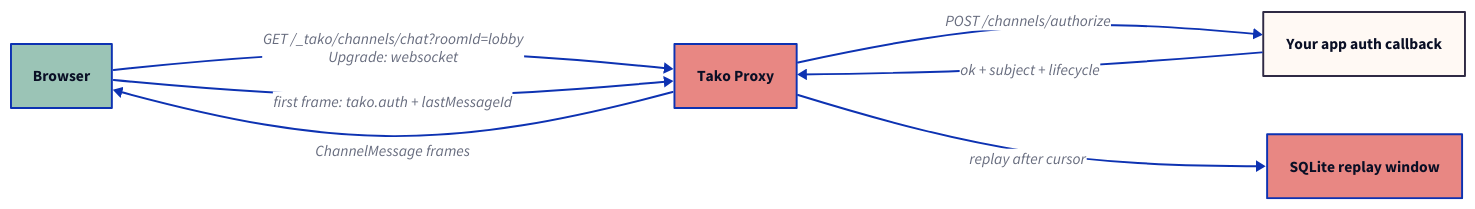
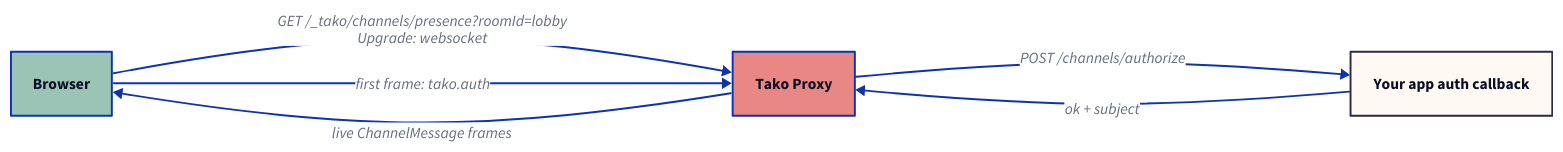
One commit to tako-sh/tako changed the diagram in website/src/content/blog/typed-websocket-channels-in-typescript.md. Above: the diagram before and after it, drawn with D2. The commit also changed other lines of this file and 65 other files, not shown here.

````diff
--- a/website/src/content/blog/typed-websocket-channels-in-typescript.md
+++ b/website/src/content/blog/typed-websocket-channels-in-typescript.md
@@ -64,24 +62,20 @@
 ```d2
 direction: right
 
 browser: Browser {
   style.fill: "#9BC4B6"
 }
 proxy: Tako Proxy {
   style.fill: "#E88783"
 }
 app: "Your app auth callback" {
   style.fill: "#FFF9F4"
   style.stroke: "#2F2A44"
 }
-store: "SQLite replay window" {
-  style.fill: "#E88783"
-}
 
-browser -> proxy: "GET /_tako/channels/chat?roomId=lobby\nUpgrade: websocket"
-browser -> proxy: "first frame: tako.auth + lastMessageId"
+browser -> proxy: "GET /_tako/channels/presence?roomId=lobby\nUpgrade: websocket"
+browser -> proxy: "first frame: tako.auth"
 proxy -> app: "POST /channels/authorize"
-app -> proxy: "ok + subject + lifecycle"
-proxy -> store: "replay after cursor"
-proxy -> browser: "ChannelMessage frames"
+app -> proxy: "ok + subject"
+proxy -> browser: "live ChannelMessage frames"
 ```
````
